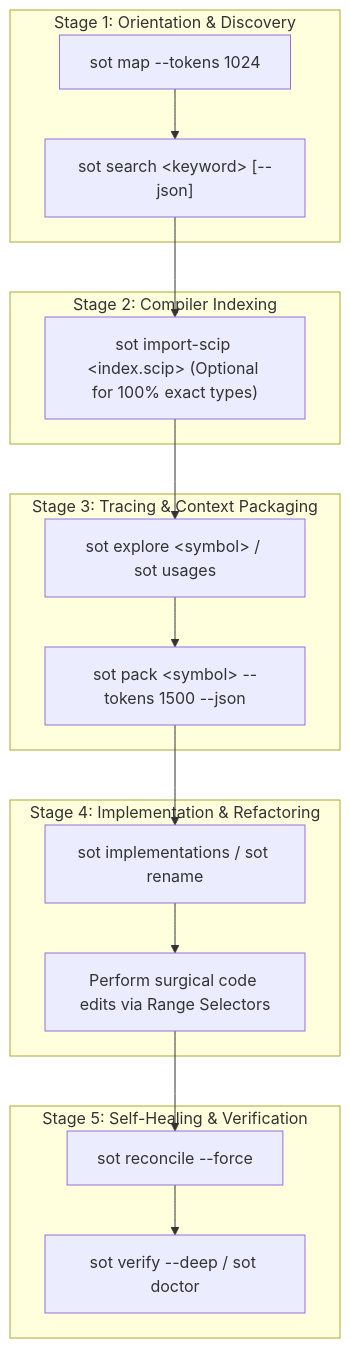
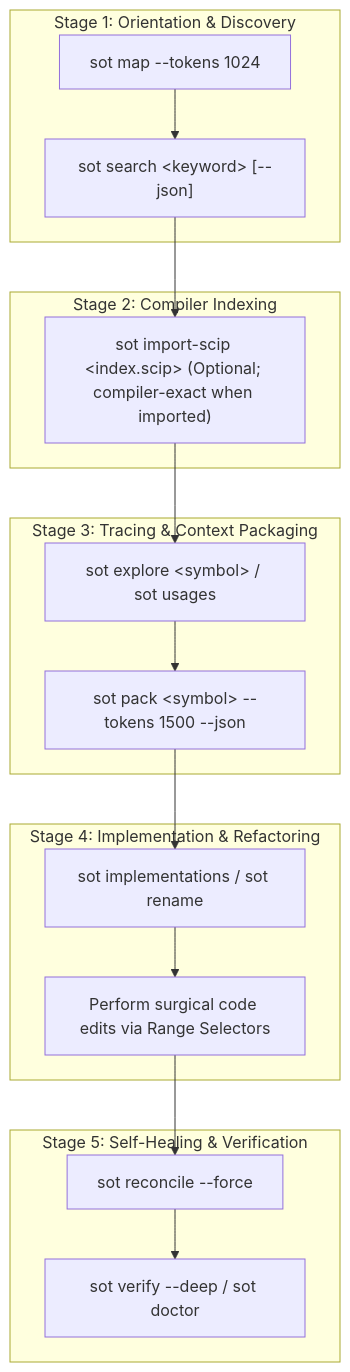
Before and after one commit to minhgv/sot-graph: the diagram in docs/WORKFLOW_GUIDELINES.md, drawn with Mermaid. The commit also changed other lines of this file and 11 other files, not shown here.

````diff
--- a/docs/WORKFLOW_GUIDELINES.md
+++ b/docs/WORKFLOW_GUIDELINES.md
@@ -97,25 +97,25 @@
 ```mermaid
 flowchart TD
     subgraph S1 [Stage 1: Orientation & Discovery]
         A["sot map --tokens 1024"] --> B["sot search &lt;keyword&gt; [--json]"]
     end
     
     subgraph S2 [Stage 2: Compiler Indexing]
-        B --> C["sot import-scip &lt;index.scip&gt; (Optional for 100% exact types)"]
+        B --> C["sot import-scip &lt;index.scip&gt; (Optional; compiler-exact when imported)"]
     end
     
     subgraph S3 [Stage 3: Tracing & Context Packaging]
         C --> D["sot explore &lt;symbol&gt; / sot usages"]
         D --> E["sot pack &lt;symbol&gt; --tokens 1500 --json"]
     end
     
     subgraph S4 [Stage 4: Implementation & Refactoring]
         E --> F["sot implementations / sot rename"]
         F --> G["Perform surgical code edits via Range Selectors"]
     end
     
     subgraph S5 [Stage 5: Self-Healing & Verification]
         G --> H["sot reconcile --force"]
         H --> I["sot verify --deep / sot doctor"]
     end
 ```
````
